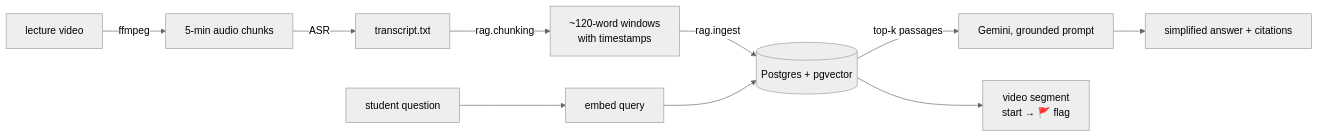
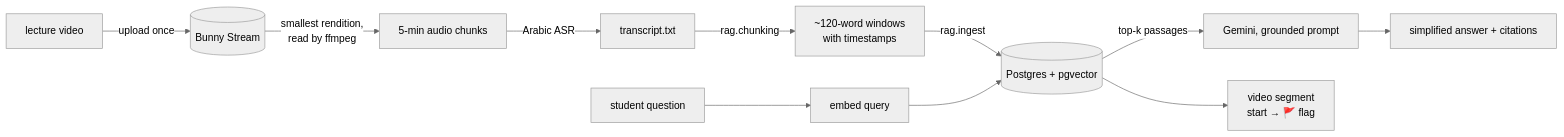
Before and after one commit to tokaM107/Educational-platform---imed: the diagram in README.md, drawn with Mermaid (neutral theme). The commit also changed other lines of this file, not shown here.

Commit message:
Update README to reflect Bunny Stream integration for video processing and transcription pipeline

````diff
--- a/README.md
+++ b/README.md
@@ -12,12 +12,13 @@
 ```mermaid
 flowchart LR
-    A[lecture video] -->|ffmpeg| B[5-min audio chunks]
-    B -->|ASR| C[transcript.txt]
+    A[lecture video] -->|upload once| Z[(Bunny Stream)]
+    Z -->|smallest rendition,<br/>read by ffmpeg| B[5-min audio chunks]
+    B -->|Arabic ASR| C[transcript.txt]
     C -->|rag.chunking| D[~120-word windows<br/>with timestamps]
     D -->|rag.ingest| E[(Postgres + pgvector)]
     F[student question] --> G[embed query]
     G --> E
     E -->|top-k passages| H[Gemini, grounded prompt]
     H --> I[simplified answer + citations]
     E --> J[video segment<br/>start → 🚩 flag]
 ```
````
